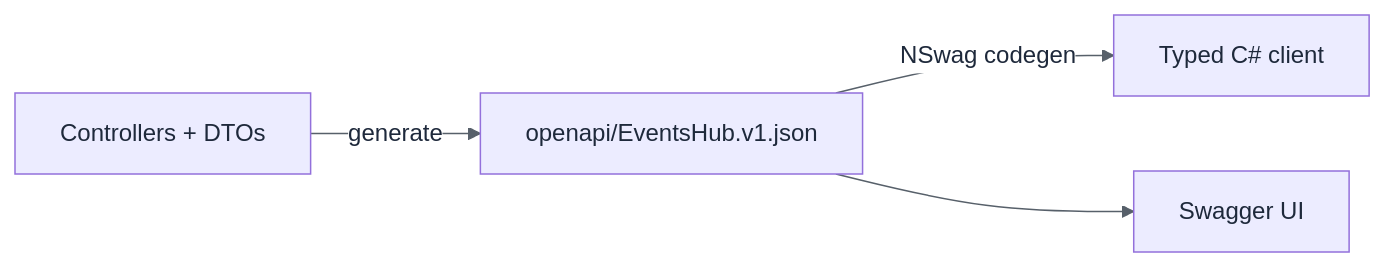
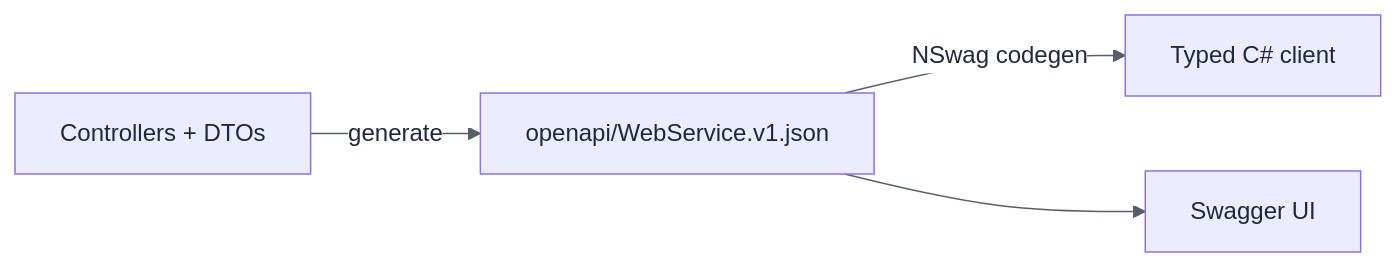
One commit to MurasakiWolf/WebServices changed the eighth of 12 diagrams in docs/fundamentals/CleanArchitectureFundamentals.md. Above: the diagram before and after it, drawn with Mermaid. The commit also changed other lines of this file and 10 other files, not shown here.

Commit message:
Rename from EventsHub to WebService

````diff
--- a/docs/fundamentals/CleanArchitectureFundamentals.md
+++ b/docs/fundamentals/CleanArchitectureFundamentals.md
@@ -804,7 +804,7 @@
 ```mermaid
 %%{init: {"theme": "base", "themeVariables": {"primaryColor": "#ECECFF", "primaryBorderColor": "#9370DB", "primaryTextColor": "#1e293b", "secondaryColor": "#f6f8fa", "tertiaryColor": "#f6f8fa", "clusterBkg": "#f6f8fa", "clusterBorder": "#d0d7de", "titleColor": "#1e293b", "lineColor": "#57606a", "edgeLabelBackground": "#ffffff"}}}%%
 flowchart LR
-    Ctl["Controllers + DTOs"] -->|"generate"| Doc["openapi/EventsHub.v1.json"]
+    Ctl["Controllers + DTOs"] -->|"generate"| Doc["openapi/WebService.v1.json"]
     Doc -->|"NSwag codegen"| Cli["Typed C# client"]
     Doc --> UI["Swagger UI"]
 ```
````
